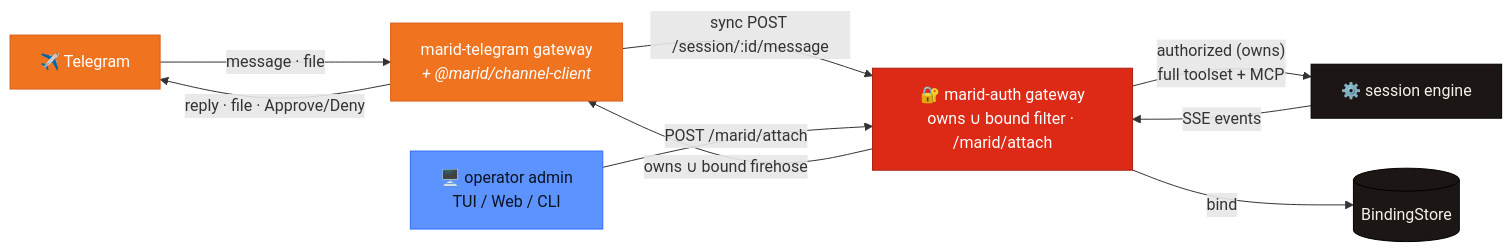
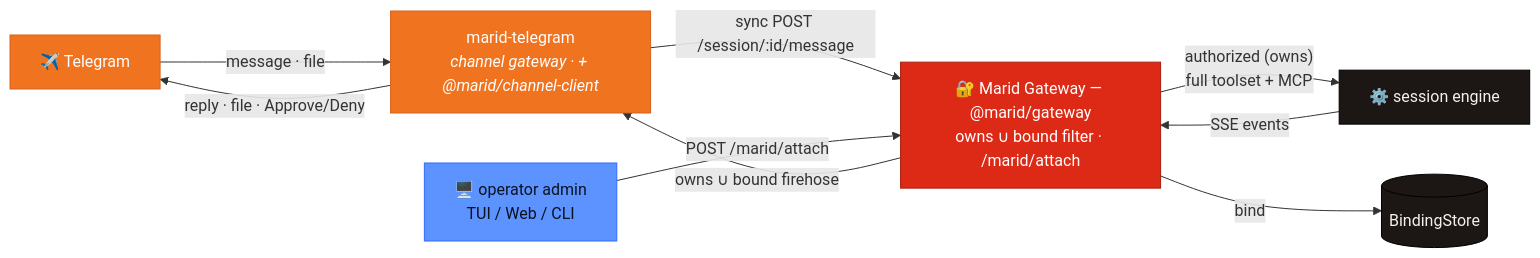
Before and after one commit to A-H-911/marid: the third of 3 diagrams in README.md, drawn with Mermaid. The commit also changed other lines of this file and 18 other files, not shown here.

First line of the commit message:
docs(ph6): gateway/channel-gateway diagram disambiguation (#51)

````diff
--- a/README.md
+++ b/README.md
@@ -120,16 +133,16 @@
 ```mermaid
 graph LR
-    TG["✈️ Telegram"]:::channel -->|"message · file"| GW["marid-telegram gateway<br/><i>+ @marid/channel-client</i>"]:::channel
-    GW -->|"sync POST /session/:id/message"| AUTH["🔐 marid-auth gateway<br/>owns ∪ bound filter · /marid/attach"]:::auth
+    TG["✈️ Telegram"]:::channel -->|"message · file"| GW["marid-telegram<br/><i>channel gateway · + @marid/channel-client</i>"]:::channel
+    GW -->|"sync POST /session/:id/message"| AUTH["🔐 Marid Gateway — @marid/gateway<br/>owns ∪ bound filter · /marid/attach"]:::auth
     AUTH -->|"authorized (owns)<br/>full toolset + MCP"| ENGINE["⚙️ session engine"]:::core
     ENGINE -->|"SSE events"| AUTH
     AUTH -->|"owns ∪ bound firehose"| GW
     GW -->|"reply · file · Approve/Deny"| TG
     ADMIN["🖥️ operator admin<br/>TUI / Web / CLI"]:::client -->|"POST /marid/attach"| AUTH
     AUTH -->|"bind"| BIND[("BindingStore")]:::core
 
     classDef client fill:#5C93FF,stroke:#2F6BFF,color:#0b1220;
     classDef channel fill:#F0731F,stroke:#D9611A,color:#ffffff;
     classDef auth fill:#DC2A16,stroke:#A81f10,color:#ffffff;
     classDef core fill:#1C1714,stroke:#000,color:#F4F1EA;
 ```
````
